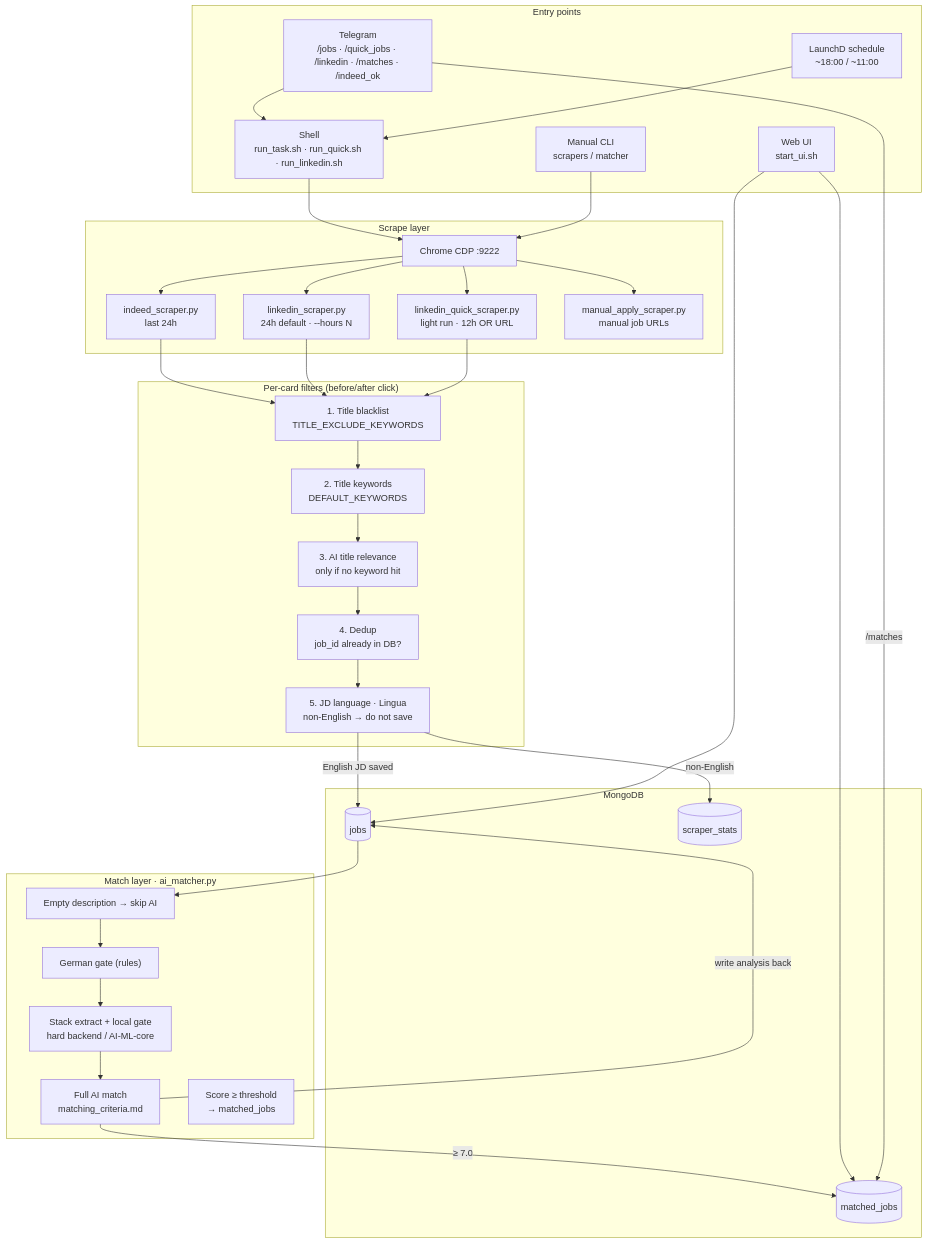
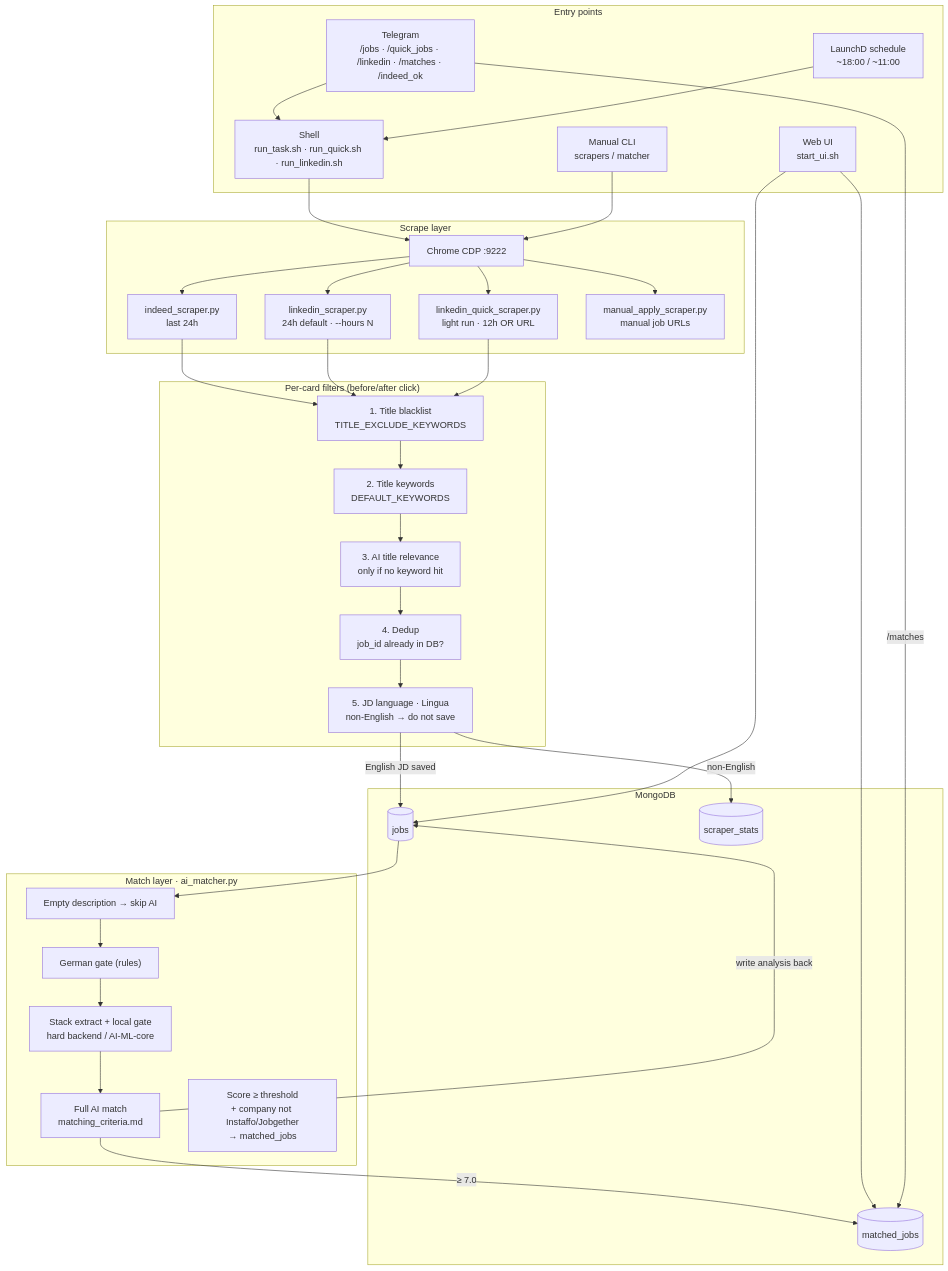
Before and after one commit to JialiNong/job_scraper: the first of 5 diagrams in docs/architecture.md, drawn with Mermaid. The commit also changed other lines of this file and 3 other files, not shown here.

First line of the commit message:
feat: skip Instaffo/Jobgether from matched_jobs Tracker

````diff
--- a/docs/architecture.md
+++ b/docs/architecture.md
@@ -11,57 +11,57 @@
 ```mermaid
 flowchart TB
     subgraph Triggers["Entry points"]
         T1["Telegram<br/>/jobs · /quick_jobs · /linkedin · /matches · /indeed_ok"]
         T2["Shell<br/>run_task.sh · run_quick.sh · run_linkedin.sh"]
         T3["LaunchD schedule<br/>~18:00 / ~11:00"]
         T4["Web UI<br/>start_ui.sh"]
         T5["Manual CLI<br/>scrapers / matcher"]
     end
 
     subgraph Scrape["Scrape layer"]
         Chrome["Chrome CDP :9222"]
         Indeed["indeed_scraper.py<br/>last 24h"]
         LI["linkedin_scraper.py<br/>24h default · --hours N"]
         LIQ["linkedin_quick_scraper.py<br/>light run · 12h OR URL"]
         Manual["manual_apply_scraper.py<br/>manual job URLs"]
     end
 
     subgraph Filters["Per-card filters (before/after click)"]
         F1["1. Title blacklist<br/>TITLE_EXCLUDE_KEYWORDS"]
         F2["2. Title keywords<br/>DEFAULT_KEYWORDS"]
         F3["3. AI title relevance<br/>only if no keyword hit"]
         F4["4. Dedup<br/>job_id already in DB?"]
         F5["5. JD language · Lingua<br/>non-English → do not save"]
     end
 
     subgraph Store["MongoDB"]
         Jobs[("jobs")]
         Matched[("matched_jobs")]
         Stats[("scraper_stats")]
     end
 
     subgraph Match["Match layer · ai_matcher.py"]
         M0["Empty description → skip AI"]
         M1["German gate (rules)"]
         M1b["Stack extract + local gate<br/>hard backend / AI-ML-core"]
         M2["Full AI match<br/>matching_criteria.md"]
-        M3["Score ≥ threshold<br/>→ matched_jobs"]
+        M3["Score ≥ threshold<br/>+ company not Instaffo/Jobgether<br/>→ matched_jobs"]
     end
 
     T1 --> T2
     T3 --> T2
     T2 --> Chrome
     T5 --> Chrome
     Chrome --> Indeed & LI & LIQ & Manual
 
     Indeed & LI & LIQ --> F1 --> F2 --> F3 --> F4 --> F5
     F5 -->|English JD saved| Jobs
     F5 -->|non-English| Stats
 
     Jobs --> M0 --> M1 --> M1b --> M2
     M2 -->|≥ 7.0| Matched
     M2 -->|write analysis back| Jobs
 
     T4 --> Matched & Jobs
     T1 -->|/matches| Matched
 ```
````
